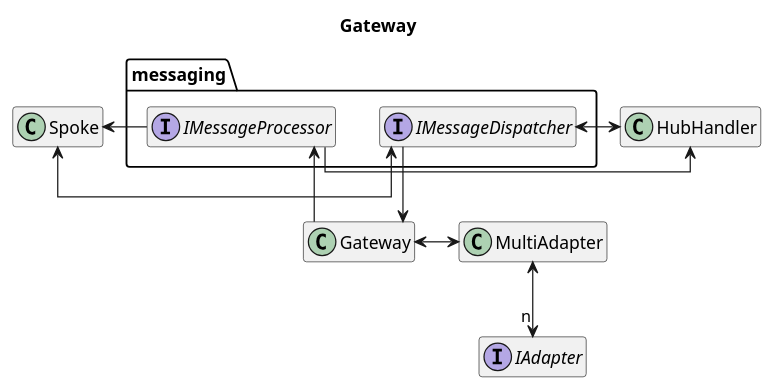
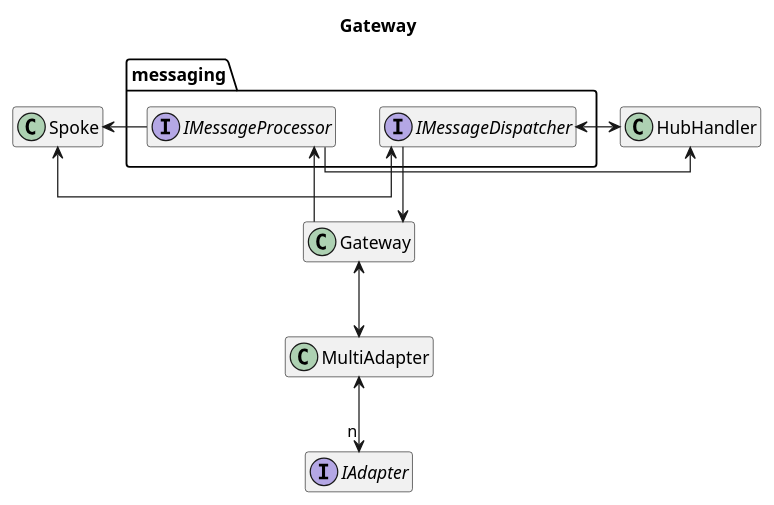
Before and after one commit to centrifuge/protocol: the diagram in docs/architecture/core/gateway.puml, drawn with PlantUML. The commit also changed 1 other file, not shown here.

```diff
--- a/docs/architecture/core/gateway.puml
+++ b/docs/architecture/core/gateway.puml
@@ -1,31 +1,31 @@
 @startuml gateway
 title Gateway
 hide empty members
 
 skinparam linetype ortho
 
 package messaging {
     interface IMessageDispatcher
     interface IMessageProcessor
 }
 
 class Gateway
 class MultiAdapter
 class Spoke
 class HubHandler
 
 interface IAdapter
 
 Spoke <-> IMessageDispatcher
 HubHandler <-> IMessageDispatcher
 IMessageProcessor --> HubHandler
 IMessageProcessor --> Spoke
 
 IMessageDispatcher --> Gateway
 
 Gateway --> IMessageProcessor
-Gateway <-> MultiAdapter
+Gateway <-down-> MultiAdapter
 MultiAdapter <-down-> "n" IAdapter
 
 
 @enduml
```
